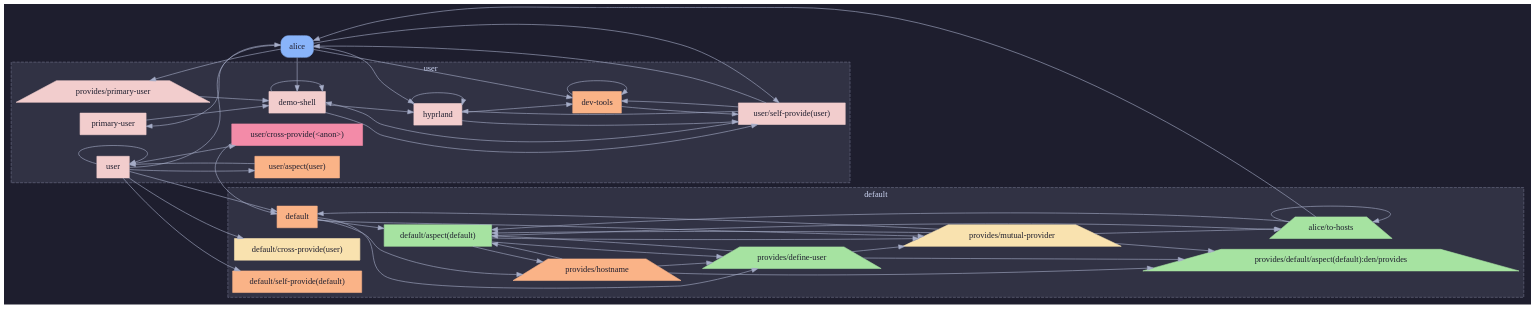
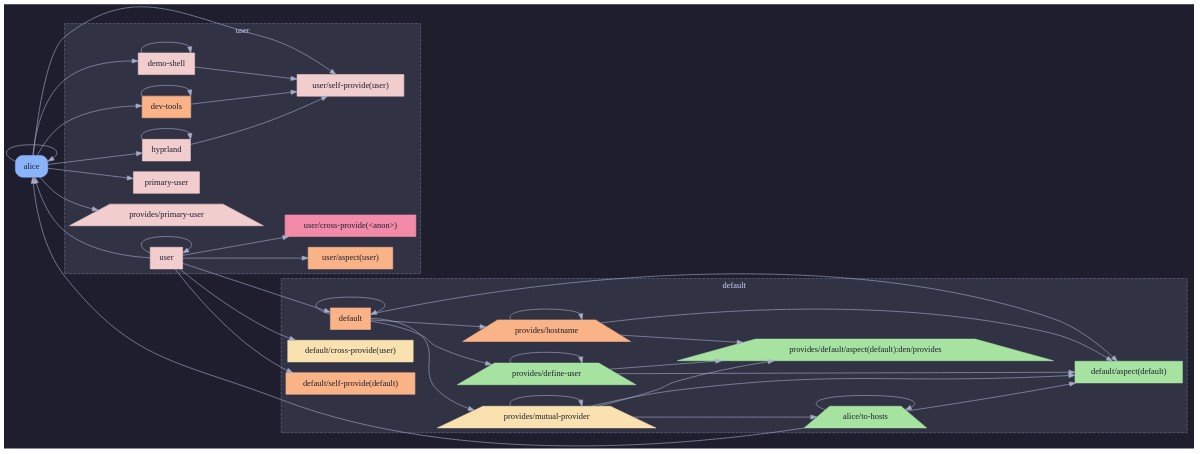
One commit to sini/den changed the second of 3 diagrams in templates/diag-fx-demo/diagrams/angle-brackets-alice-dag.md. Above: the diagram before and after it, drawn with Graphviz. The commit also changed other lines of this file and 849 other files, not shown here.

Commit message:
chore: update fx diagrams

````diff
--- a/templates/diag-fx-demo/diagrams/angle-brackets-alice-dag.md
+++ b/templates/diag-fx-demo/diagrams/angle-brackets-alice-dag.md
@@ -153,6 +141,7 @@
   alice__to_hosts [label="alice/to-hosts",shape=trapezium,style=filled,fillcolor="#a6e3a1",color="#a6e3a1",fontcolor="#1e1e2e"];
   }
 
+  alice -> alice;
   alice -> demo_shell;
   alice -> dev_tools;
   alice -> hyprland;
@@ -161,34 +150,27 @@
   alice -> user__self_provide_user_;
   alice__to_hosts -> default__aspect_default_;
   alice__to_hosts -> alice__to_hosts;
+  n_default -> n_default;
   n_default -> default__aspect_default_;
   n_default -> den__provides__define_user;
   n_default -> den__provides__hostname;
   n_default -> den__provides__mutual_provider;
-  default__aspect_default_ -> den__provides__define_user;
-  default__aspect_default_ -> den__provides__hostname;
-  default__aspect_default_ -> den__provides__mutual_provider;
-  default__aspect_default_ -> alice__to_hosts;
   demo_shell -> demo_shell;
-  demo_shell -> hyprland;
   demo_shell -> user__self_provide_user_;
   den__provides__define_user -> default__aspect_default_;
   den__provides__define_user -> den__provides__default__aspect_default__den__provides;
-  den__provides__define_user -> den__provides__mutual_provider;
+  den__provides__define_user -> den__provides__define_user;
   den__provides__hostname -> default__aspect_default_;
   den__provides__hostname -> den__provides__default__aspect_default__den__provides;
-  den__provides__hostname -> den__provides__define_user;
-  den__provides__mutual_provider -> n_default;
+  den__provides__hostname -> den__provides__hostname;
   den__provides__mutual_provider -> default__aspect_default_;
   den__provides__mutual_provider -> den__provides__default__aspect_default__den__provides;
+  den__provides__mutual_provider -> den__provides__mutual_provider;
   den__provides__mutual_provider -> alice__to_hosts;
-  den__provides__primary_user -> demo_shell;
   dev_tools -> dev_tools;
   dev_tools -> user__self_provide_user_;
-  hyprland -> dev_tools;
   hyprland -> hyprland;
   hyprland -> user__self_provide_user_;
-  primary_user -> demo_shell;
   user -> alice;
   user -> n_default;
   user -> default__cross_provide_user_;
@@ -196,12 +178,6 @@
   user -> user;
   user -> user__aspect_user_;
   user -> user__cross_provide__anon__;
-  user__aspect_user_ -> user;
-  user__cross_provide__anon__ -> n_default;
-  user__self_provide_user_ -> alice;
-  user__self_provide_user_ -> demo_shell;
-  user__self_provide_user_ -> dev_tools;
-  user__self_provide_user_ -> hyprland;
   alice__to_hosts -> alice;
 }
 ```
````
